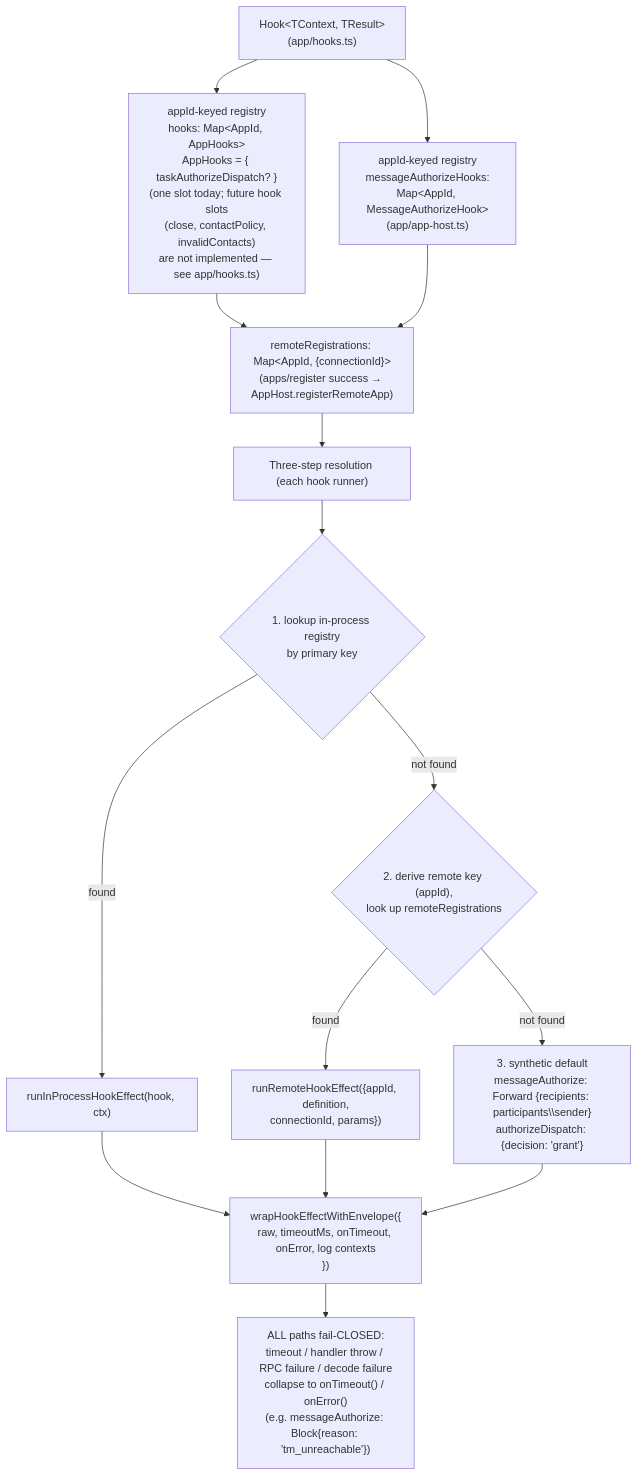
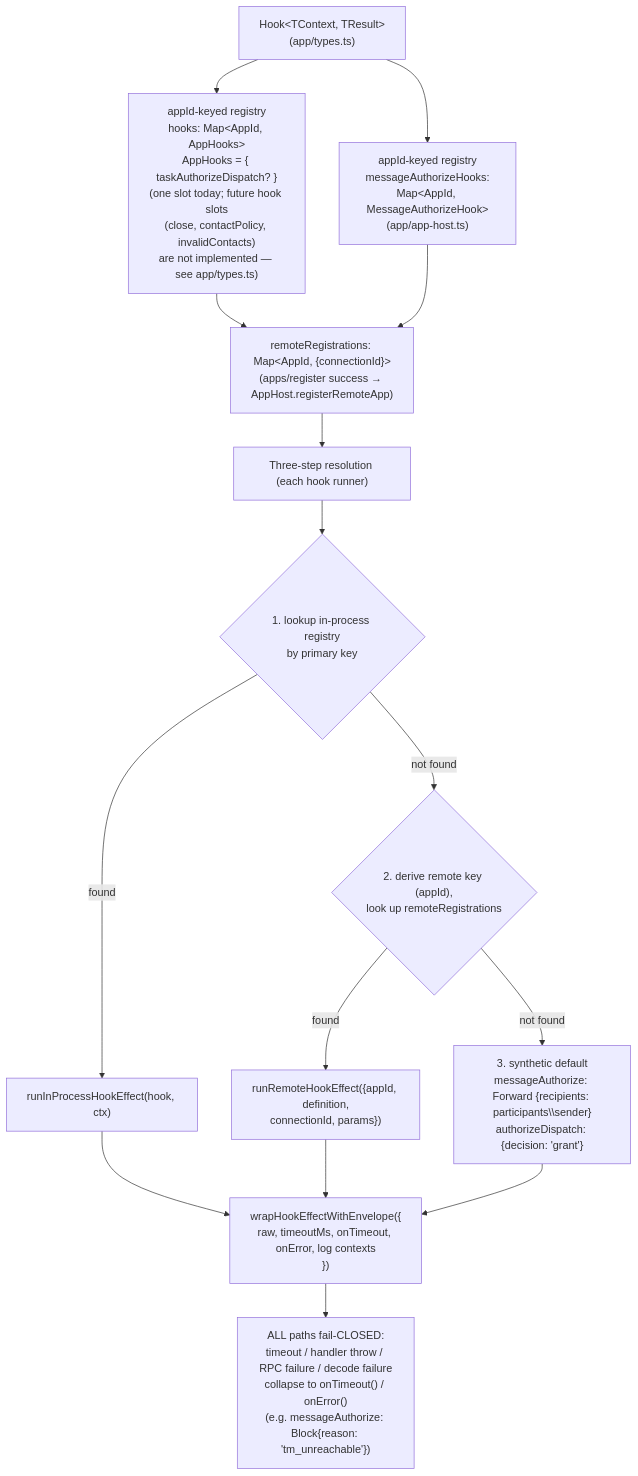
The diagram in packages/server/docs/architecture/app-host-hook-unification.md (chughtapan/moltzap), drawn with Mermaid before and after one commit. The commit also changed other lines of this file and 4 other files, not shown here.

First line of the commit message:
chore(server): delete dead fanOutToAgents + mapParticipant + orphan types

````diff
--- a/packages/server/docs/architecture/app-host-hook-unification.md
+++ b/packages/server/docs/architecture/app-host-hook-unification.md
@@ -9,25 +9,25 @@
 ```mermaid
 flowchart TD
-    Hook["Hook&lt;TContext, TResult&gt;<br/>(app/hooks.ts)"]
+    Hook["Hook&lt;TContext, TResult&gt;<br/>(app/types.ts)"]
 
-    Hook --> RegA["appId-keyed registry<br/>hooks: Map&lt;AppId, AppHooks&gt;<br/>AppHooks = { taskAuthorizeDispatch? }<br/>(one slot today; future hook slots<br/>(close, contactPolicy, invalidContacts)<br/>are not implemented — see app/hooks.ts)"]
+    Hook --> RegA["appId-keyed registry<br/>hooks: Map&lt;AppId, AppHooks&gt;<br/>AppHooks = { taskAuthorizeDispatch? }<br/>(one slot today; future hook slots<br/>(close, contactPolicy, invalidContacts)<br/>are not implemented — see app/types.ts)"]
 
     Hook --> RegB["appId-keyed registry<br/>messageAuthorizeHooks:<br/>Map&lt;AppId, MessageAuthorizeHook&gt;<br/>(app/app-host.ts)"]
 
     RegA --> Remote["remoteRegistrations: Map&lt;AppId, {connectionId}&gt;<br/>(apps/register success → AppHost.registerRemoteApp)"]
     RegB --> Remote
 
     Remote --> Resolve["Three-step resolution (each hook runner)"]
 
     Resolve --> Step1{"1. lookup in-process registry<br/>by primary key"}
     Step1 -->|"found"| IP["runInProcessHookEffect(hook, ctx)"]
     Step1 -->|"not found"| Step2{"2. derive remote key (appId),<br/>look up remoteRegistrations"}
     Step2 -->|"found"| RP["runRemoteHookEffect({appId, definition,<br/>connectionId, params})"]
     Step2 -->|"not found"| Step3["3. synthetic default<br/>messageAuthorize: Forward {recipients: participants\\sender}<br/>authorizeDispatch: {decision: 'grant'}"]
 
     IP --> Envelope["wrapHookEffectWithEnvelope({<br/>raw, timeoutMs, onTimeout, onError, log contexts<br/>})"]
     RP --> Envelope
     Step3 --> Envelope
 
     Envelope --> FailClosed["ALL paths fail-CLOSED:<br/>timeout / handler throw / RPC failure / decode failure<br/>collapse to onTimeout() / onError()<br/>(e.g. messageAuthorize: Block{reason: 'tm_unreachable'})"]
 ```
````
